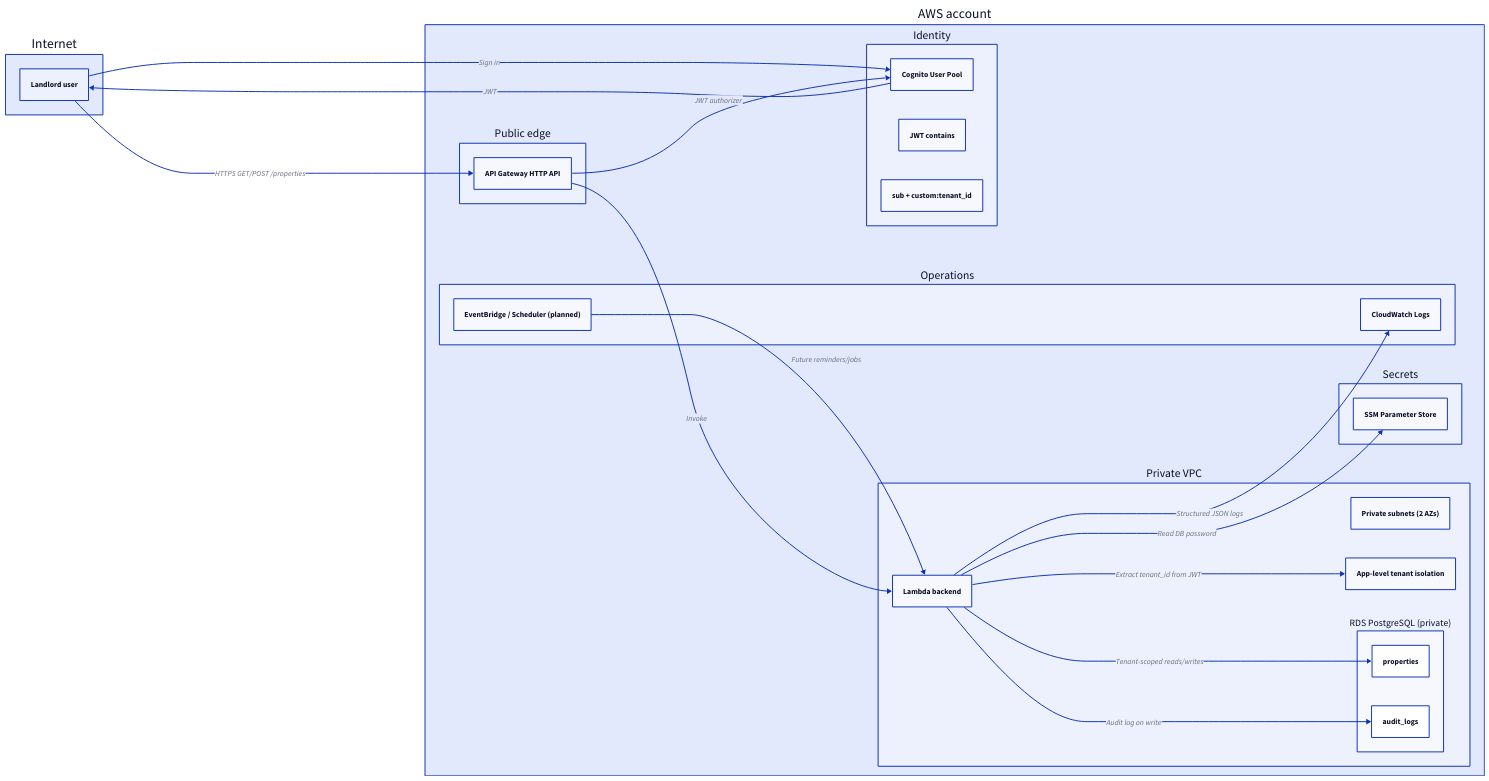
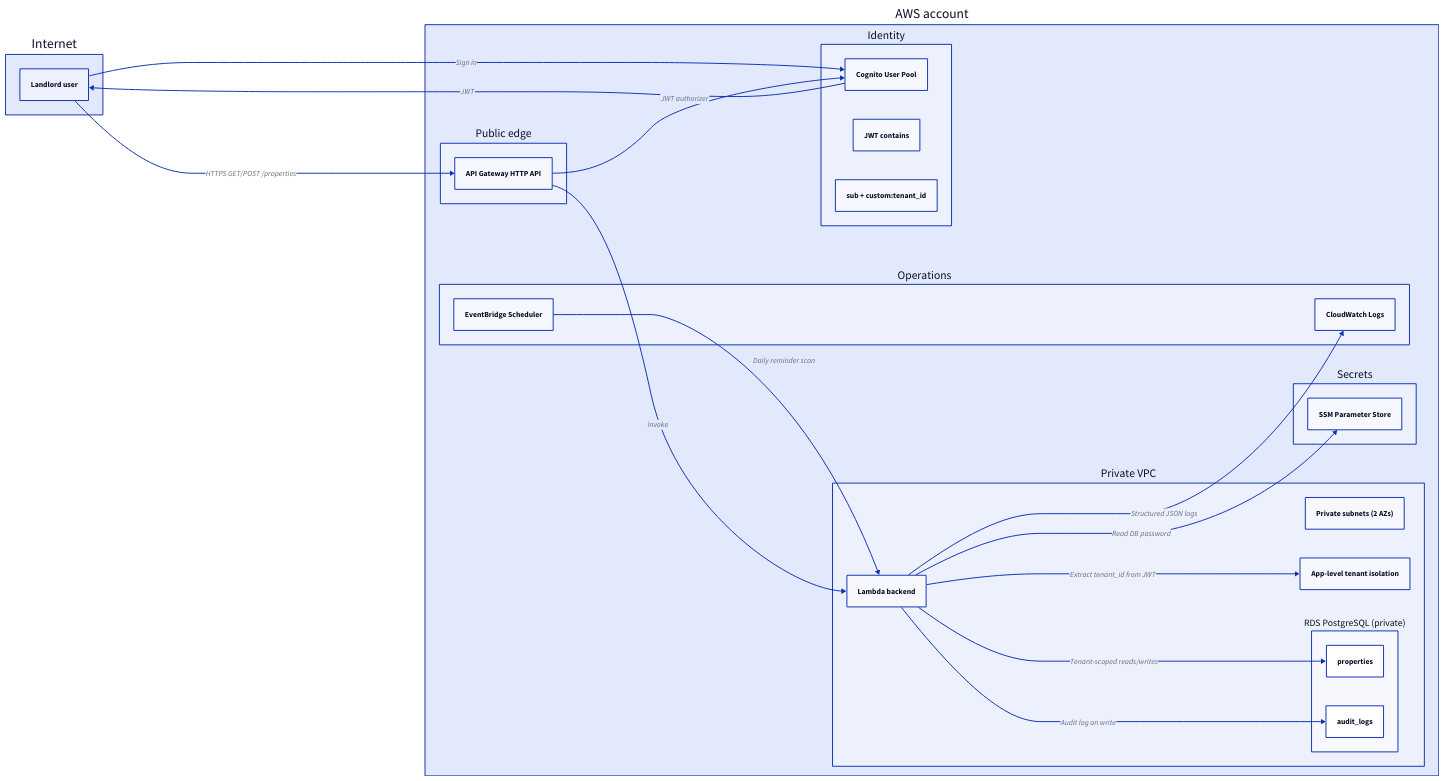
The diagram in docs/diagrams/leaseflow-architecture.d2 (Alpine78/leaseflow), drawn with D2 before and after one commit. The commit also changed 21 other files, not shown here.

Commit message:
feat: schedule daily reminder scans with EventBridge Scheduler

```diff
--- a/docs/diagrams/leaseflow-architecture.d2
+++ b/docs/diagrams/leaseflow-architecture.d2
@@ -1,49 +1,49 @@
 direction: right
 
 internet: Internet {
   landlord_user: Landlord user
 }
 
 aws: AWS account {
   public_edge: Public edge {
     api_gateway: API Gateway HTTP API
   }
 
   identity: Identity {
     cognito: Cognito User Pool
     jwt_note: JWT contains
     claims_note: sub + custom:tenant_id
   }
 
   operations: Operations {
     cloudwatch: CloudWatch Logs
-    eventbridge: EventBridge / Scheduler (planned)
+    eventbridge: EventBridge Scheduler
   }
 
   secrets: Secrets {
     ssm: SSM Parameter Store
   }
 
   vpc: Private VPC {
     private_subnets: Private subnets (2 AZs)
     lambda_backend: Lambda backend
     tenant_note: App-level tenant isolation
 
     rds_postgres: RDS PostgreSQL (private) {
       properties_table: properties
       audit_logs_table: audit_logs
     }
   }
 }
 
 internet.landlord_user -> aws.identity.cognito: Sign in
 aws.identity.cognito -> internet.landlord_user: JWT
 internet.landlord_user -> aws.public_edge.api_gateway: HTTPS GET/POST /properties
 aws.public_edge.api_gateway -> aws.identity.cognito: JWT authorizer
 aws.public_edge.api_gateway -> aws.vpc.lambda_backend: Invoke
 aws.vpc.lambda_backend -> aws.vpc.tenant_note: Extract tenant_id from JWT
 aws.vpc.lambda_backend -> aws.vpc.rds_postgres.properties_table: Tenant-scoped reads/writes
 aws.vpc.lambda_backend -> aws.vpc.rds_postgres.audit_logs_table: Audit log on write
 aws.vpc.lambda_backend -> aws.secrets.ssm: Read DB password
 aws.vpc.lambda_backend -> aws.operations.cloudwatch: Structured JSON logs
-aws.operations.eventbridge -> aws.vpc.lambda_backend: Future reminders/jobs
+aws.operations.eventbridge -> aws.vpc.lambda_backend: Daily reminder scan
```
